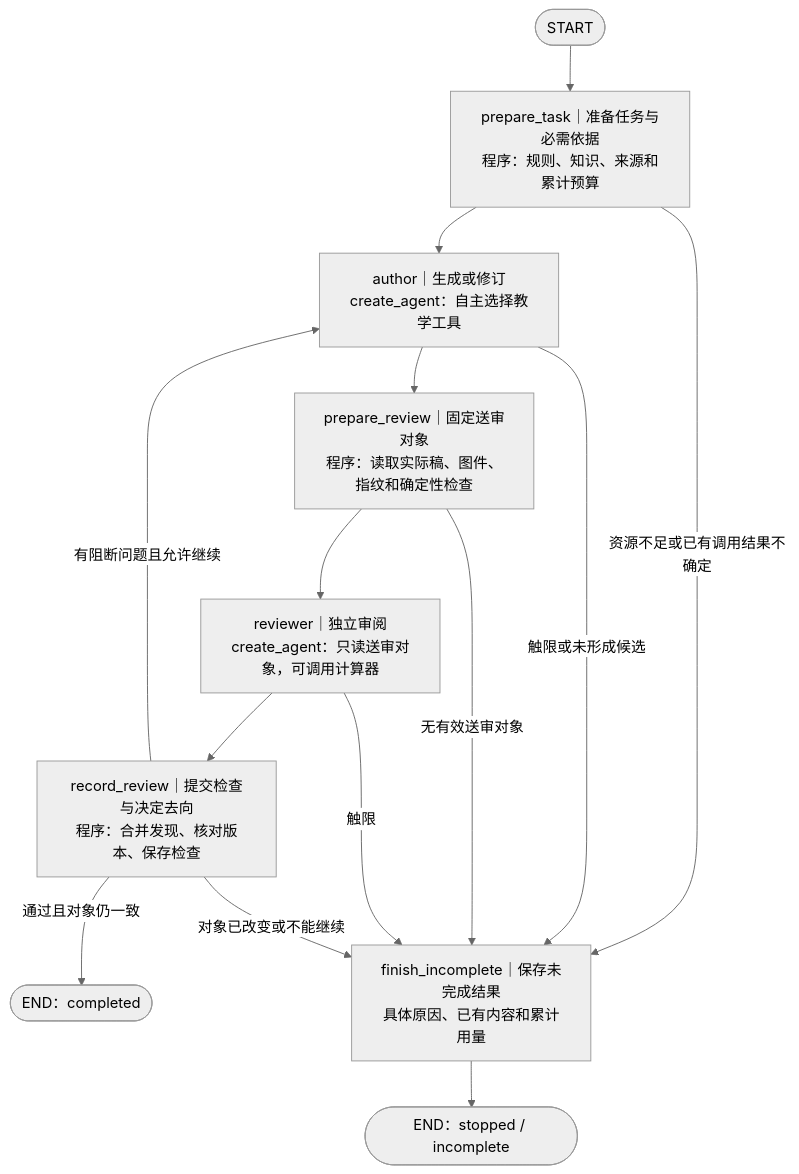
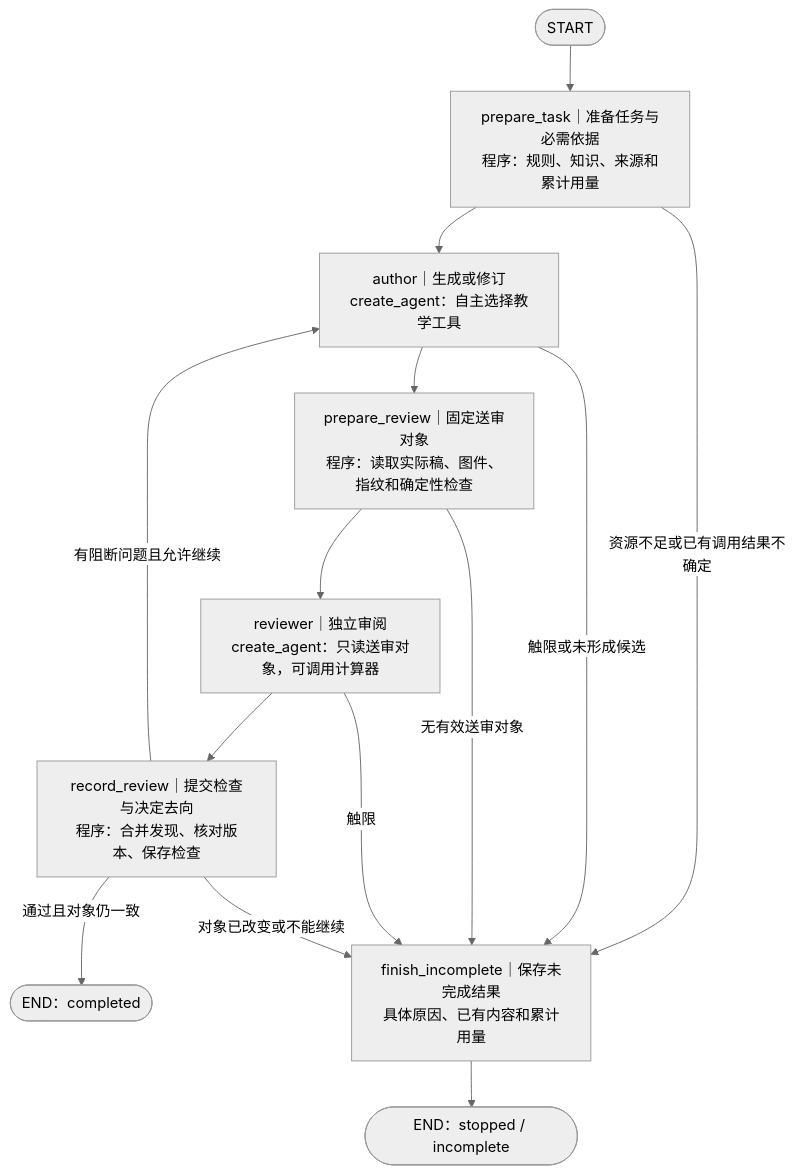
The diagram in .scratch/math-harness-delivery/ticket-01-graph-refactor-design.md (morebests/k12-teaching-harness), drawn with Mermaid (neutral theme) before and after one commit. The commit also changed other lines of this file and 46 other files, not shown here.

````diff
--- a/.scratch/math-harness-delivery/ticket-01-graph-refactor-design.md
+++ b/.scratch/math-harness-delivery/ticket-01-graph-refactor-design.md
@@ -21,16 +21,16 @@
 ```mermaid
 flowchart TD
-    S([START]) --> P["prepare_task｜准备任务与必需依据<br/>程序：规则、知识、来源和累计预算"]
+    S([START]) --> P["prepare_task｜准备任务与必需依据<br/>程序：规则、知识、来源和累计用量"]
     P --> A["author｜生成或修订<br/>create_agent：自主选择教学工具"]
     A --> C["prepare_review｜固定送审对象<br/>程序：读取实际稿、图件、指纹和确定性检查"]
     C --> R["reviewer｜独立审阅<br/>create_agent：只读送审对象，可调用计算器"]
     R --> K["record_review｜提交检查与决定去向<br/>程序：合并发现、核对版本、保存检查"]
     K -->|通过且对象仍一致| E([END：completed])
     K -->|有阻断问题且允许继续| A
     P -->|资源不足或已有调用结果不确定| T["finish_incomplete｜保存未完成结果<br/>具体原因、已有内容和累计用量"]
     A -->|触限或未形成候选| T
     C -->|无有效送审对象| T
     R -->|触限| T
     K -->|对象已改变或不能继续| T
     T --> U([END：stopped / incomplete])
 ```
````
